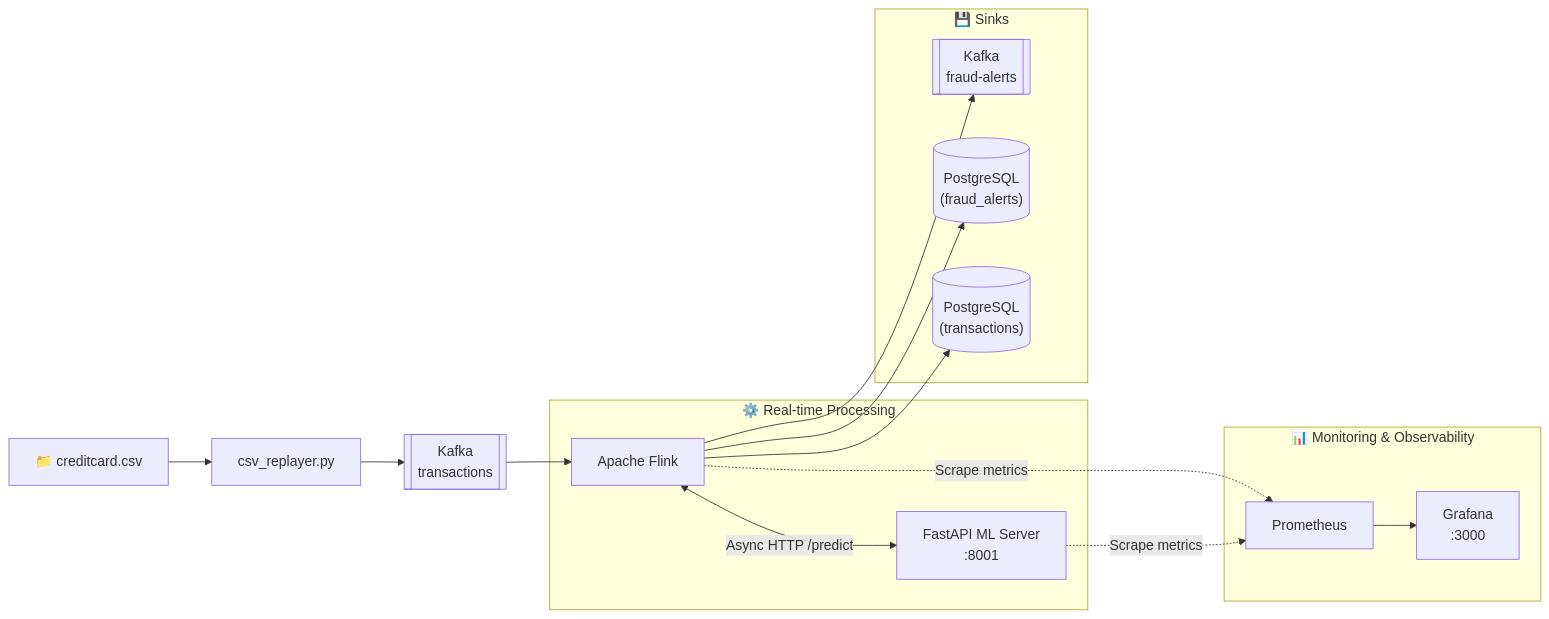
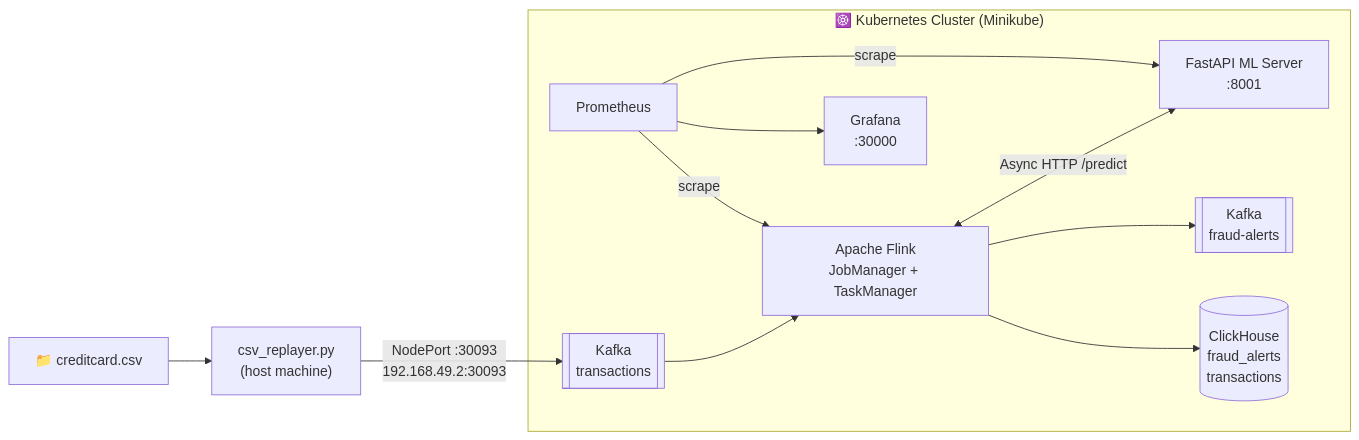
The diagram in README.md (drakan02/fraud-detection-pipeline), drawn with Mermaid before and after one commit. The commit also changed other lines of this file and 26 other files, not shown here.

Commit message:
feat: migrate to Kubernetes + ClickHouse, add ML model versioning & monitoring

````diff
--- a/README.md
+++ b/README.md
@@ -11,29 +16,17 @@
 ```mermaid
 flowchart LR
-    CSV["📁 creditcard.csv"] --> REP["csv_replayer.py"]
-    REP --> KAFKA_TXN[["Kafka\ntransactions"]]
+    CSV["📁 creditcard.csv"] --> REP["csv_replayer.py\n(host machine)"]
+    REP -->|"NodePort :30093\n192.168.49.2:30093"| KAFKA[["Kafka\ntransactions"]]
 
-    subgraph Cluster ["⚙️ Real-time Processing"]
-        FLINK["Apache Flink"]
-        API["FastAPI ML Server\n:8001"]
-        FLINK <-->|Async HTTP /predict| API
+    subgraph k8s ["☸️ Kubernetes Cluster (Minikube)"]
+        KAFKA --> FLINK["Apache Flink\nJobManager + TaskManager"]
+        FLINK <-->|"Async HTTP /predict"| API["FastAPI ML Server\n:8001"]
+
+        FLINK --> KA[["Kafka\nfraud-alerts"]]
+        FLINK --> CH[("ClickHouse\nfraud_alerts\ntransactions")]
+
+        PROM["Prometheus"] -->|scrape| FLINK
+        PROM -->|scrape| API
+        PROM --> GRAF["Grafana\n:30000"]
     end
-
-    KAFKA_TXN --> FLINK
-
-    subgraph Sinks ["💾 Sinks"]
-        KAFKA_ALERT[["Kafka\nfraud-alerts"]]
-        PG[("PostgreSQL\n(fraud_alerts)")]
-        PG_TXN[("PostgreSQL\n(transactions)")]
-    end
-
-    FLINK --> KAFKA_ALERT & PG & PG_TXN
-
-    subgraph Monitoring ["📊 Monitoring & Observability"]
-        PROM["Prometheus"]
-        GRAF["Grafana\n:3000"]
-        PROM --> GRAF
-    end
-
-    FLINK & API -.->|Scrape metrics| PROM
 ```
````
